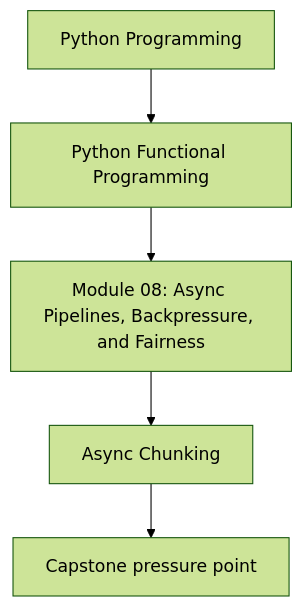
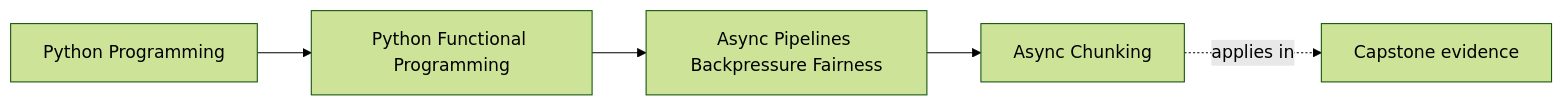
Before and after one commit to bijux/bijux-masterclass: the first of 2 diagrams in programs/python-programming/python-functional-programming/course-book/module-08-async-pipelines-backpressure-fairness/async-chunking.md, drawn with Mermaid (forest theme). The commit also changed other lines of this file and 108 other files, not shown here.

Commit message:
docs(python-functional-programming): map capstone and advanced design surfaces

````diff
--- a/programs/python-programming/python-functional-programming/course-book/module-08-async-pipelines-backpressure-fairness/async-chunking.md
+++ b/programs/python-programming/python-functional-programming/course-book/module-08-async-pipelines-backpressure-fairness/async-chunking.md
@@ -7,7 +7,11 @@
 ```mermaid
-flowchart TD
-  family["Python Programming"] --> program["Python Functional Programming"]
-  program --> module["Module 08: Async Pipelines, Backpressure, and Fairness"]
-  module --> concept["Async Chunking"]
-  concept --> capstone["Capstone pressure point"]
+graph LR
+  family["Python Programming"]
+  program["Python Functional Programming"]
+  section["Async Pipelines Backpressure Fairness"]
+  page["Async Chunking"]
+  capstone["Capstone evidence"]
+
+  family --> program --> section --> page
+  page -.applies in.-> capstone
 ```
````
